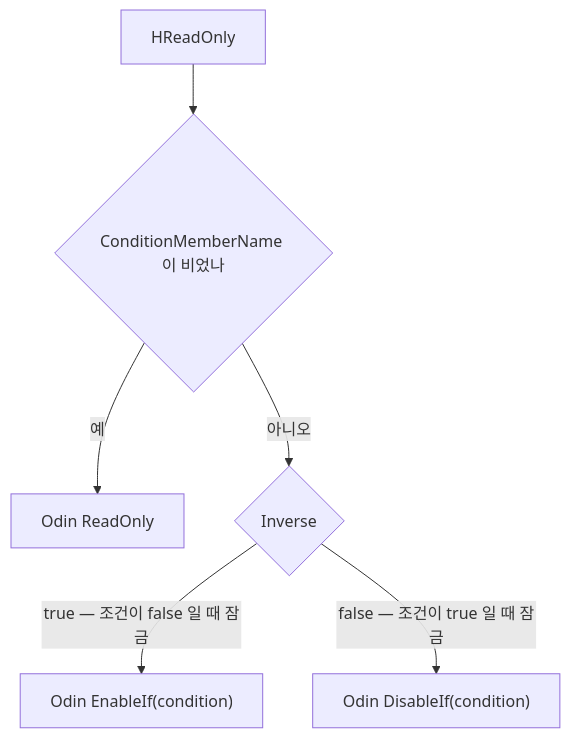
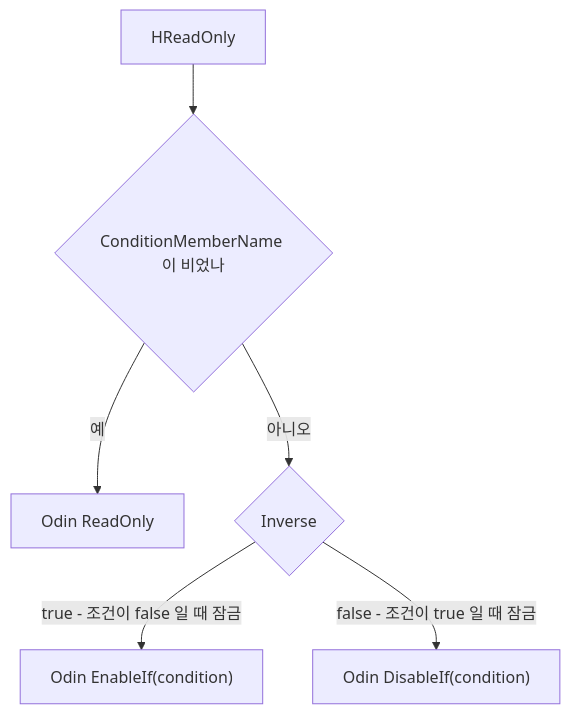
Before and after one commit to HoHong123/HCUP-Unity: the second of 2 diagrams in HInspector/Editor/Odin/README.md, drawn with Mermaid. The commit also changed other lines of this file, not shown here.

First line of the commit message:
[Docs] 📝 03.09.26 Document HDropdown search mapping in Odin bridge README

````diff
--- a/HInspector/Editor/Odin/README.md
+++ b/HInspector/Editor/Odin/README.md
@@ -89,8 +89,8 @@
 ```mermaid
 flowchart TD
     A["HReadOnly"] --> B{"ConditionMemberName 이 비었나"}
     B -->|예| C["Odin ReadOnly"]
     B -->|아니오| D{"Inverse"}
-    D -->|"true — 조건이 false 일 때 잠금"| E["Odin EnableIf(condition)"]
-    D -->|"false — 조건이 true 일 때 잠금"| F["Odin DisableIf(condition)"]
+    D -->|"true - 조건이 false 일 때 잠금"| E["Odin EnableIf(condition)"]
+    D -->|"false - 조건이 true 일 때 잠금"| F["Odin DisableIf(condition)"]
 ```
````
